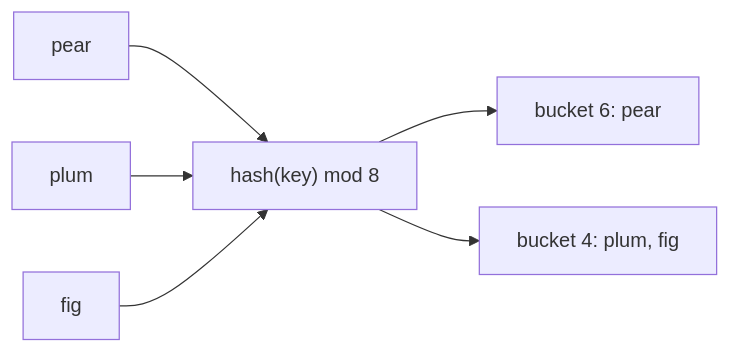
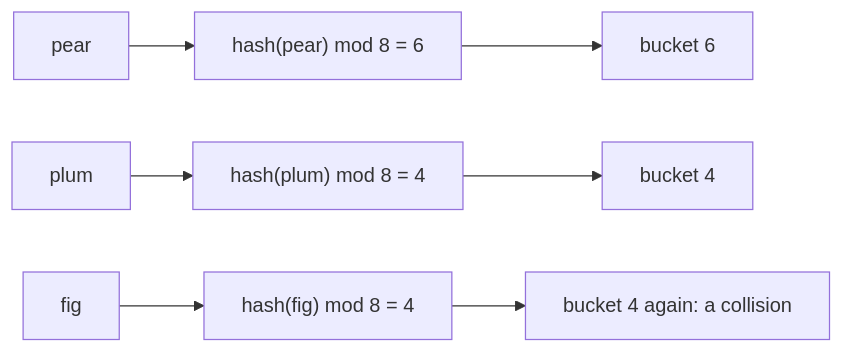
The diagram in guides/hash-functions/guide.md (bkuberek/coding-study), drawn with Mermaid before and after one commit. The commit also changed other lines of this file and 12 other files, not shown here.

````diff
--- a/guides/hash-functions/guide.md
+++ b/guides/hash-functions/guide.md
@@ -14,10 +14,8 @@
 ```mermaid
 flowchart LR
   accTitle: Keys pass through a hash function into buckets
-  accDescr: The keys pear, plum and fig each go through the same hash function. Pear lands in bucket 6, plum and fig both land in bucket 4, which is a collision.
-  pear["pear"] --> hash["hash(key) mod 8"]
-  plum["plum"] --> hash
-  fig["fig"] --> hash
-  hash --> b6["bucket 6: pear"]
-  hash --> b4["bucket 4: plum, fig"]
+  accDescr: The key pear hashes to bucket 6. The keys plum and fig both hash to bucket 4, so fig lands in a bucket that plum already uses, which is a collision.
+  pear["pear"] --> h1["hash(pear) mod 8 = 6"] --> b1["bucket 6"]
+  plum["plum"] --> h2["hash(plum) mod 8 = 4"] --> b2["bucket 4"]
+  fig["fig"] --> h3["hash(fig) mod 8 = 4"] --> b3["bucket 4 again: a collision"]
 ```
````
